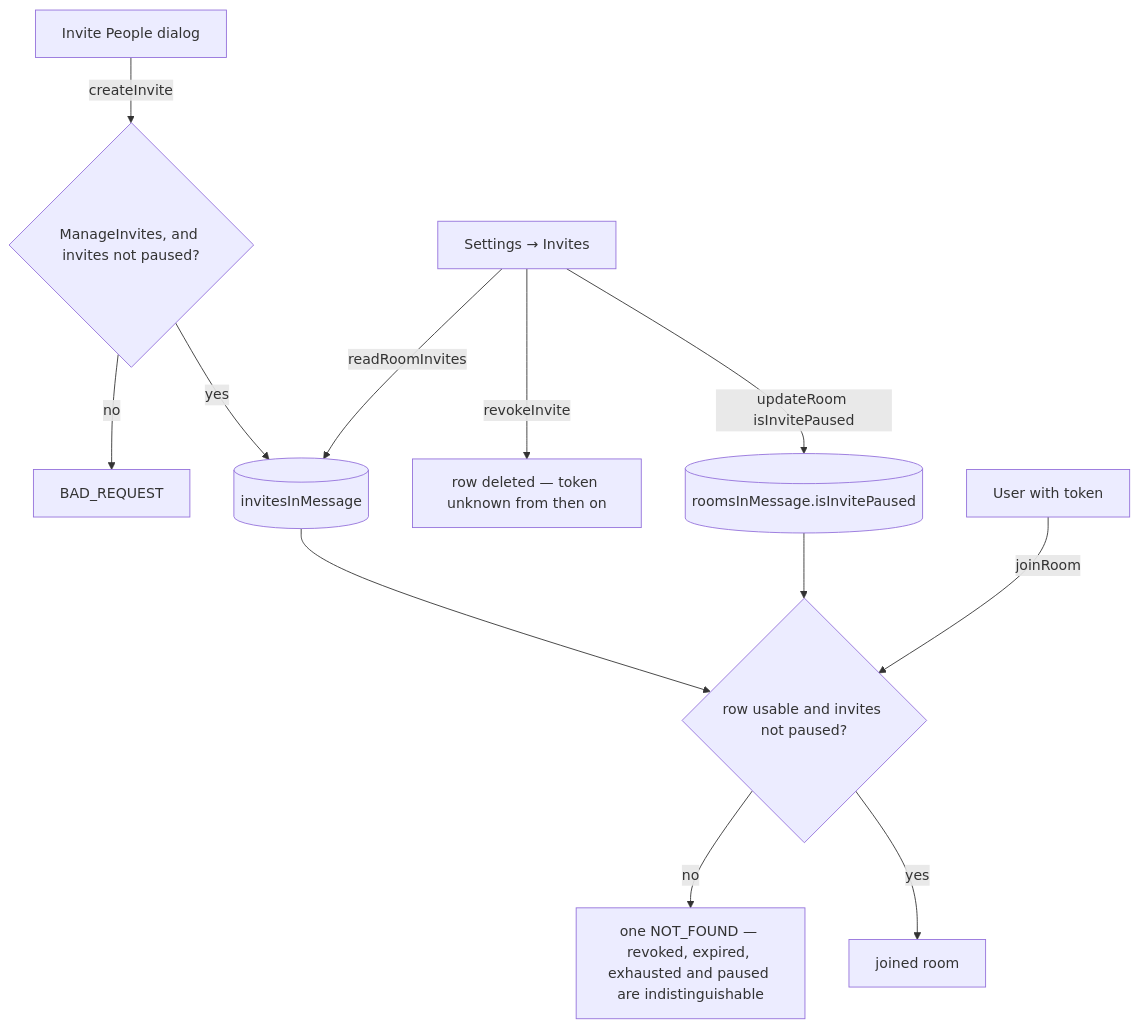
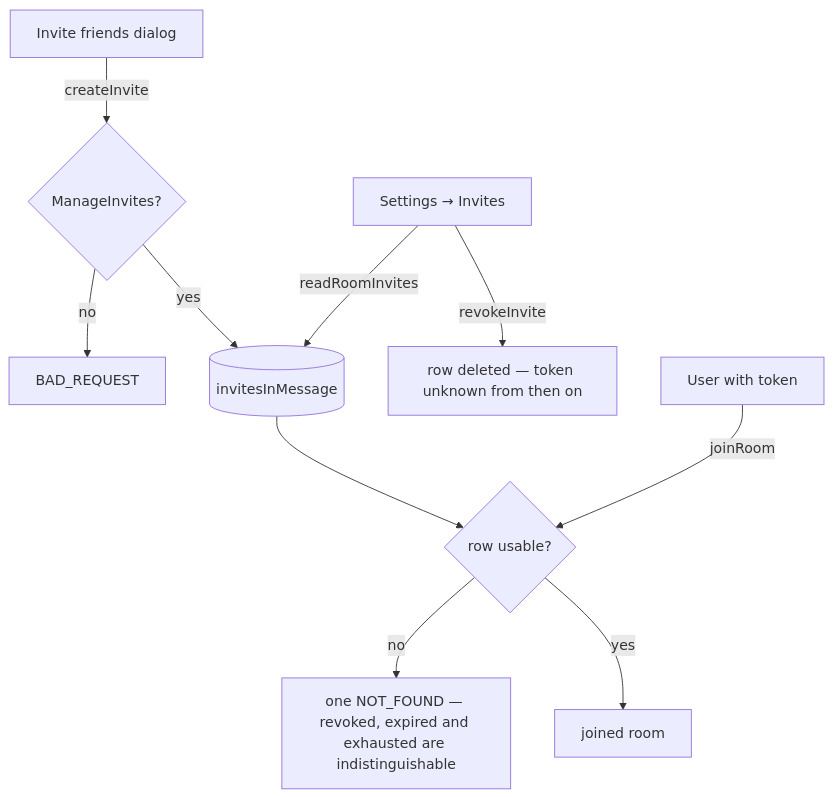
The diagram in packages/app/content/docs/proposals/esbabbler/invite-management.md (Esposter/Esposter), drawn with Mermaid before and after one commit. The commit also changed other lines of this file and 27 other files, not shown here.

````diff
--- a/packages/app/content/docs/proposals/esbabbler/invite-management.md
+++ b/packages/app/content/docs/proposals/esbabbler/invite-management.md
@@ -34,14 +28,12 @@
 ```mermaid
 flowchart TD
-  create["Invite People dialog"] -->|createInvite| gate{"ManageInvites, and invites not paused?"}
+  create["Invite friends dialog"] -->|createInvite| gate{"ManageInvites?"}
   gate -->|no| refuse["BAD_REQUEST"]
   gate -->|yes| row[("invitesInMessage")]
   panel["Settings → Invites"] -->|readRoomInvites| row
   panel -->|revokeInvite| del["row deleted — token unknown from then on"]
-  panel -->|"updateRoom isInvitePaused"| paused[("roomsInMessage.isInvitePaused")]
-  joiner["User with token"] -->|joinRoom| usable{"row usable and invites not paused?"}
+  joiner["User with token"] -->|joinRoom| usable{"row usable?"}
   row --> usable
-  paused --> usable
-  usable -->|no| same["one NOT_FOUND — revoked, expired, exhausted and paused are indistinguishable"]
+  usable -->|no| same["one NOT_FOUND — revoked, expired and exhausted are indistinguishable"]
   usable -->|yes| joined["joined room"]
 ```
````
